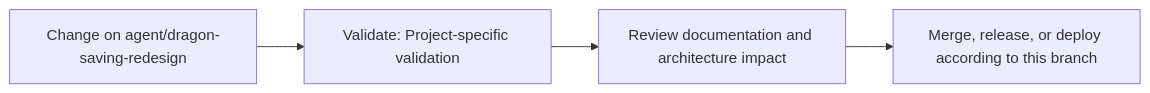
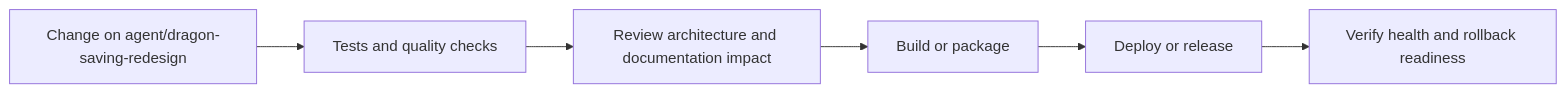
The fourth of 5 diagrams in README.md (Nischhalsubba/Dragon-Saving), drawn with Mermaid before and after one commit. The commit also changed other lines of this file, not shown here.

````diff
--- a/README.md
+++ b/README.md
@@ -60,8 +127,8 @@
 ```mermaid
 flowchart LR
-    CHANGE["Change on agent/dragon-saving-redesign"]
-    CHECK["Validate: Project-specific validation"]
-    REVIEW["Review documentation and architecture impact"]
-    RELEASE["Merge, release, or deploy according to this branch"]
-    CHANGE --> CHECK --> REVIEW --> RELEASE
+    CHANGE["Change on agent/dragon-saving-redesign"] --> CHECK["Tests and quality checks"]
+    CHECK --> REVIEW["Review architecture and documentation impact"]
+    REVIEW --> BUILD["Build or package"]
+    BUILD --> DEPLOY["Deploy or release"]
+    DEPLOY --> VERIFY["Verify health and rollback readiness"]
 ```
````
